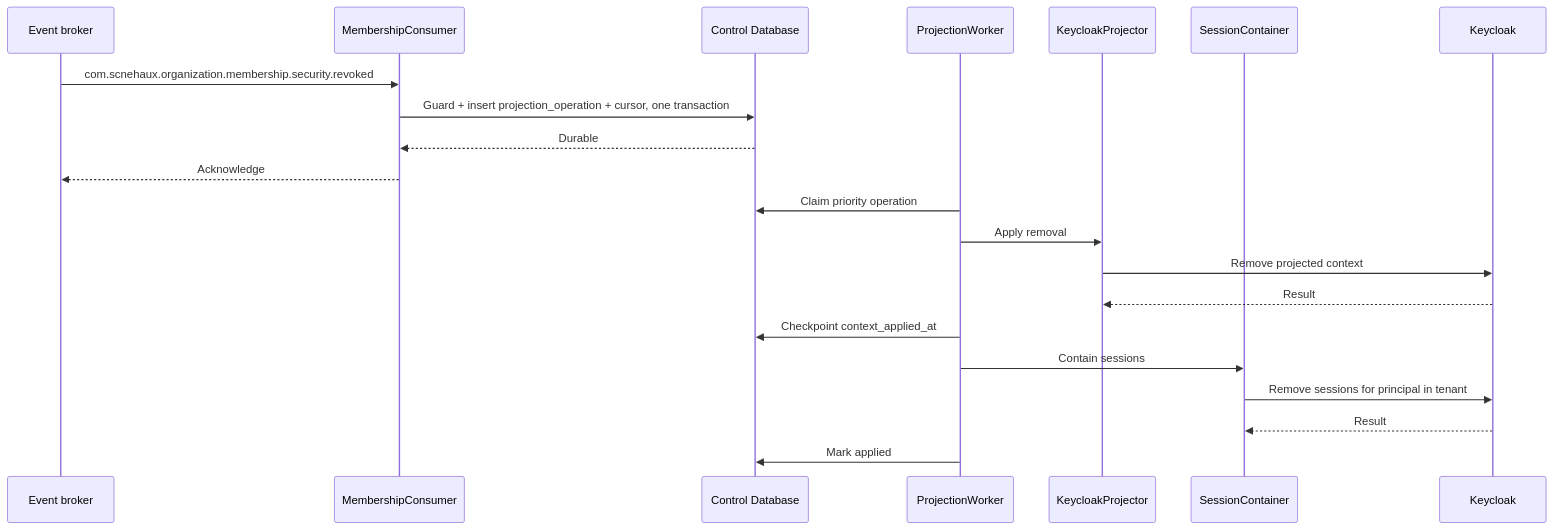
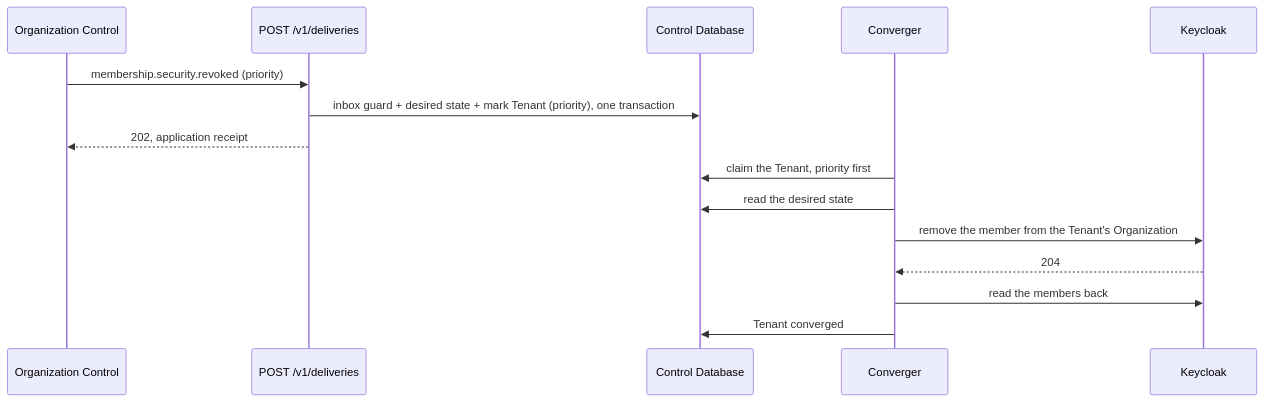
Before and after one commit to anshacerbia2/identity-control: the diagram in docs/designs/TDD-identity-control-002-keycloak-projection-and-session-removal.md, drawn with Mermaid. The commit also changed other lines of this file and 2 other files, not shown here.

First line of the commit message:
Rewrite TDD-identity-control-002 as 2.0.0 for ADR-IAM-006

````diff
--- a/docs/designs/TDD-identity-control-002-keycloak-projection-and-session-removal.md
+++ b/docs/designs/TDD-identity-control-002-keycloak-projection-and-session-removal.md
@@ -91,24 +109,18 @@
 ```mermaid
 sequenceDiagram
-    participant B as Event broker
-    participant C as MembershipConsumer
-    participant D as Control Database
-    participant W as ProjectionWorker
-    participant P as KeycloakProjector
-    participant S as SessionContainer
+    participant O as Organization Control
+    participant D as POST /v1/deliveries
+    participant DB as Control Database
+    participant C as Converger
     participant K as Keycloak
 
-    B->>C: com.scnehaux.organization.membership.security.revoked
-    C->>D: Guard + insert projection_operation + cursor, one transaction
-    D-->>C: Durable
-    C-->>B: Acknowledge
-    W->>D: Claim priority operation
-    W->>P: Apply removal
-    P->>K: Remove projected context
-    K-->>P: Result
-    W->>D: Checkpoint context_applied_at
-    W->>S: Contain sessions
-    S->>K: Remove sessions for principal in tenant
-    K-->>S: Result
-    W->>D: Mark applied
+    O->>D: membership.security.revoked (priority)
+    D->>DB: inbox guard + desired state + mark Tenant (priority), one transaction
+    D-->>O: 202, application receipt
+    C->>DB: claim the Tenant, priority first
+    C->>DB: read the desired state
+    C->>K: remove the member from the Tenant's Organization
+    K-->>C: 204
+    C->>K: read the members back
+    C->>DB: Tenant converged
 ```
````
